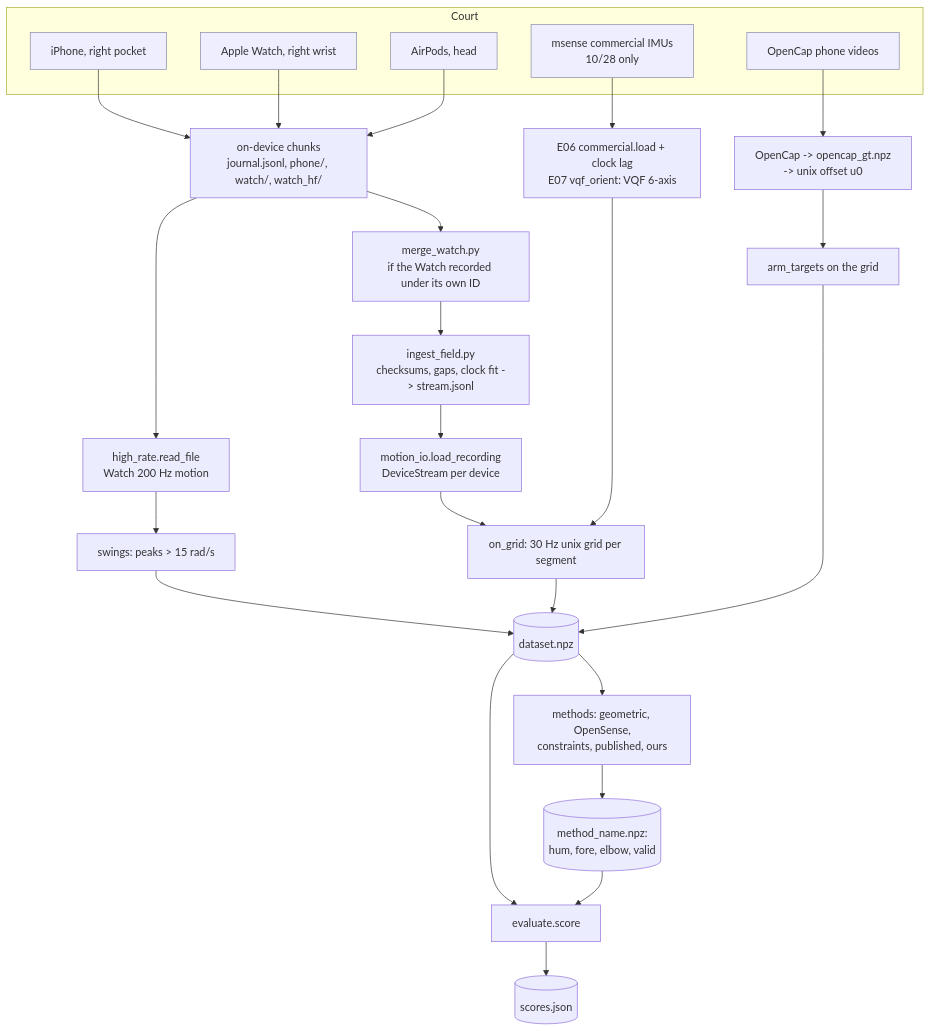
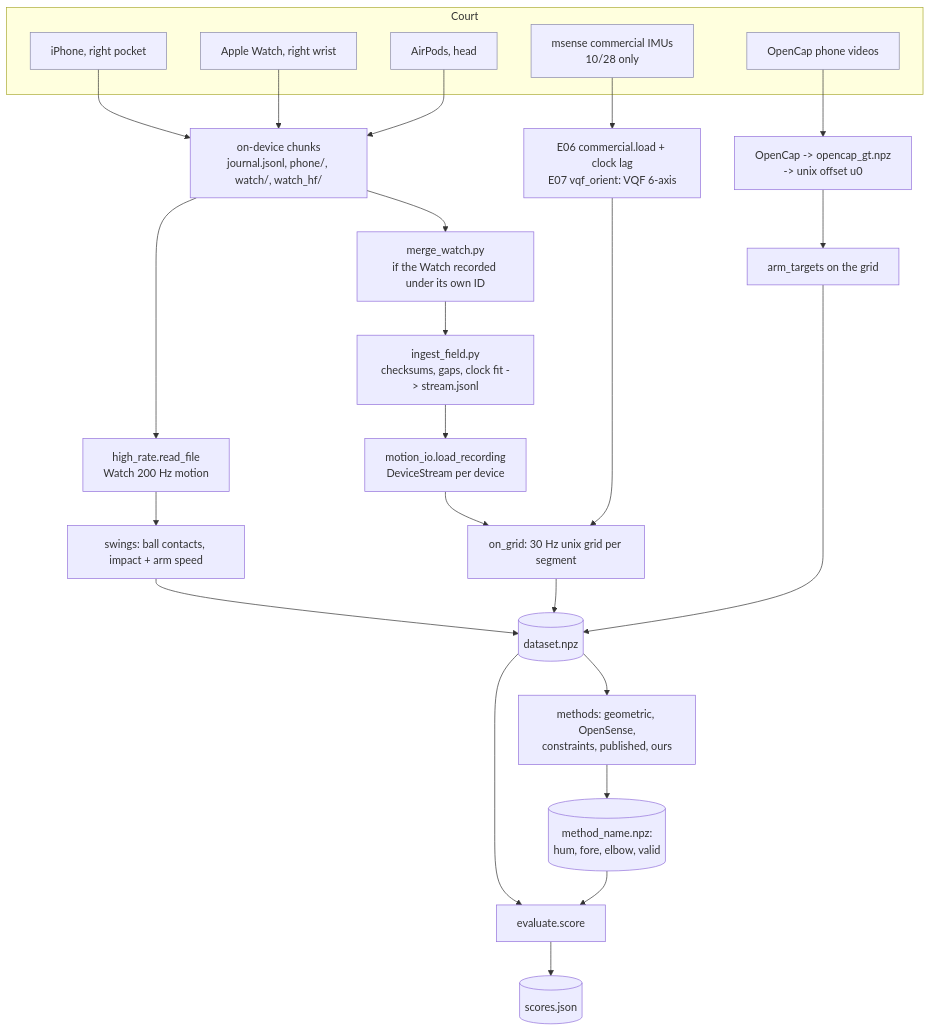
Before and after one commit to janys0v0/IMU-Sports-Instructor: the first of 7 diagrams in docs/method_details/shared_pipeline.md, drawn with Mermaid. The commit also changed other lines of this file and 43 other files, not shown here.

First line of the commit message:
exp(experiments): define swings as ball contacts, checked on video (#5)

````diff
--- a/docs/method_details/shared_pipeline.md
+++ b/docs/method_details/shared_pipeline.md
@@ -14,30 +14,30 @@
 ```mermaid
 flowchart TD
     subgraph Court
       P[iPhone, right pocket]:::d
       W[Apple Watch, right wrist]:::d
       A[AirPods, head]:::d
       C[msense commercial IMUs<br/>10/28 only]:::d
       V[OpenCap phone videos]:::d
     end
     P & W & A --> J[on-device chunks<br/>journal.jsonl, phone/, watch/, watch_hf/]
     J --> MW[merge_watch.py<br/>if the Watch recorded under its own ID]
     MW --> ING[ingest_field.py<br/>checksums, gaps, clock fit -> stream.jsonl]
     ING --> MIO[motion_io.load_recording<br/>DeviceStream per device]
     J --> HF[high_rate.read_file<br/>Watch 200 Hz motion]
     C --> COM[E06 commercial.load + clock lag<br/>E07 vqf_orient: VQF 6-axis]
     V --> OC[OpenCap -> opencap_gt.npz<br/>-> unix offset u0]
     MIO --> GRID[on_grid: 30 Hz unix grid per segment]
     COM --> GRID
     OC --> TGT[arm_targets on the grid]
-    HF --> SW[swings: peaks > 15 rad/s]
+    HF --> SW[swings: ball contacts, impact + arm speed]
     GRID --> DS[(dataset.npz)]
     TGT --> DS
     SW --> DS
     DS --> M[methods: geometric, OpenSense,<br/>constraints, published, ours]
     M --> MF[(method_name.npz:<br/>hum, fore, elbow, valid)]
     MF --> EV[evaluate.score]
     DS --> EV
     EV --> S[(scores.json)]
     classDef d fill:#eef,stroke:#88a
 ```
````
